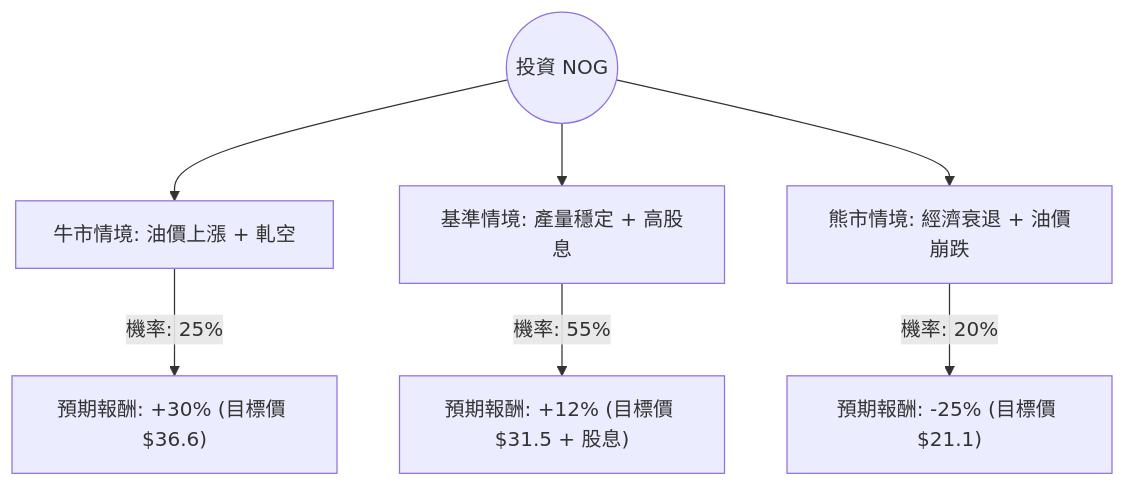
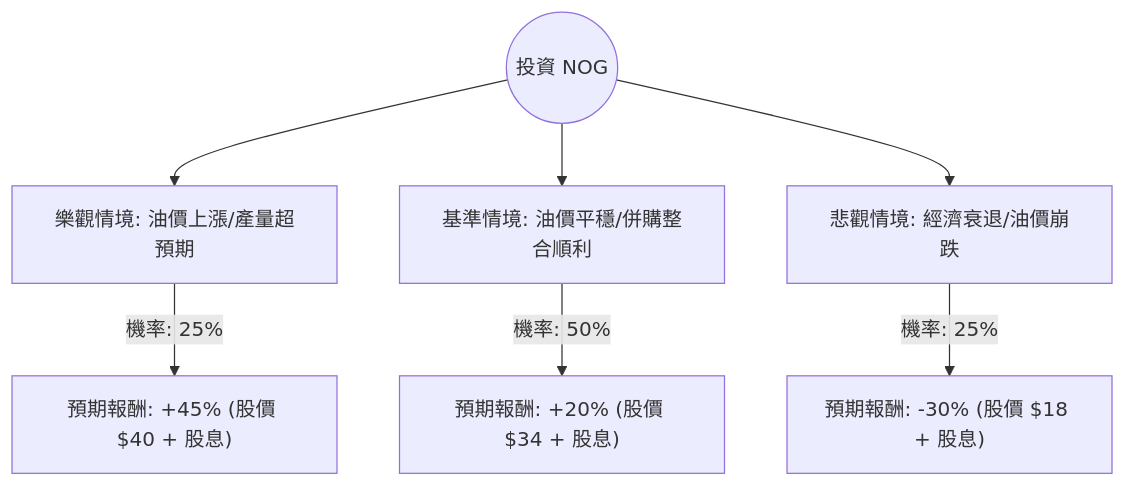
The diagram in plugin-react/ai-analysis/ev-analysis/NOG.md (zmcx16/zmcx16.github.io), drawn with Mermaid before and after one commit. The commit also changed other lines of this file and 73 other files, not shown here.

````diff
--- a/plugin-react/ai-analysis/ev-analysis/NOG.md
+++ b/plugin-react/ai-analysis/ev-analysis/NOG.md
@@ -20,10 +21,10 @@
 ```mermaid
 graph TD
-    Start((投資 NOG)) --> Bull[牛市情境: 油價上漲 + 軋空]
-    Start --> Base[基準情境: 產量穩定 + 高股息]
-    Start --> Bear[熊市情境: 經濟衰退 + 油價崩跌]
+    Start((投資 NOG)) --> Bull[樂觀情境: 油價上漲/產量超預期]
+    Start --> Base[基準情境: 油價平穩/併購整合順利]
+    Start --> Bear[悲觀情境: 經濟衰退/油價崩跌]
 
-    Bull -- "機率: 25%" --> BullResult["預期報酬: +30% (目標價 $36.6)"]
-    Base -- "機率: 55%" --> BaseResult["預期報酬: +12% (目標價 $31.5 + 股息)"]
-    Bear -- "機率: 20%" --> BearResult["預期報酬: -25% (目標價 $21.1)"]
+    Bull -- "機率: 25%" --> BullVal["預期報酬: +45% (股價 $40 + 股息)"]
+    Base -- "機率: 50%" --> BaseVal["預期報酬: +20% (股價 $34 + 股息)"]
+    Bear -- "機率: 25%" --> BearVal["預期報酬: -30% (股價 $18 + 股息)"]
 ```
````
